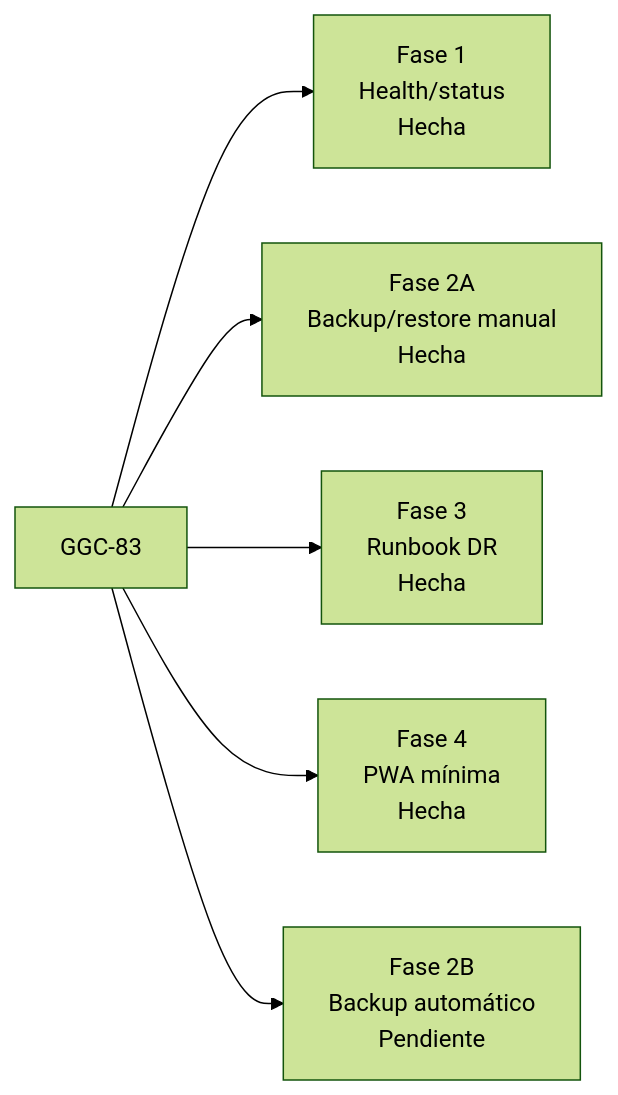
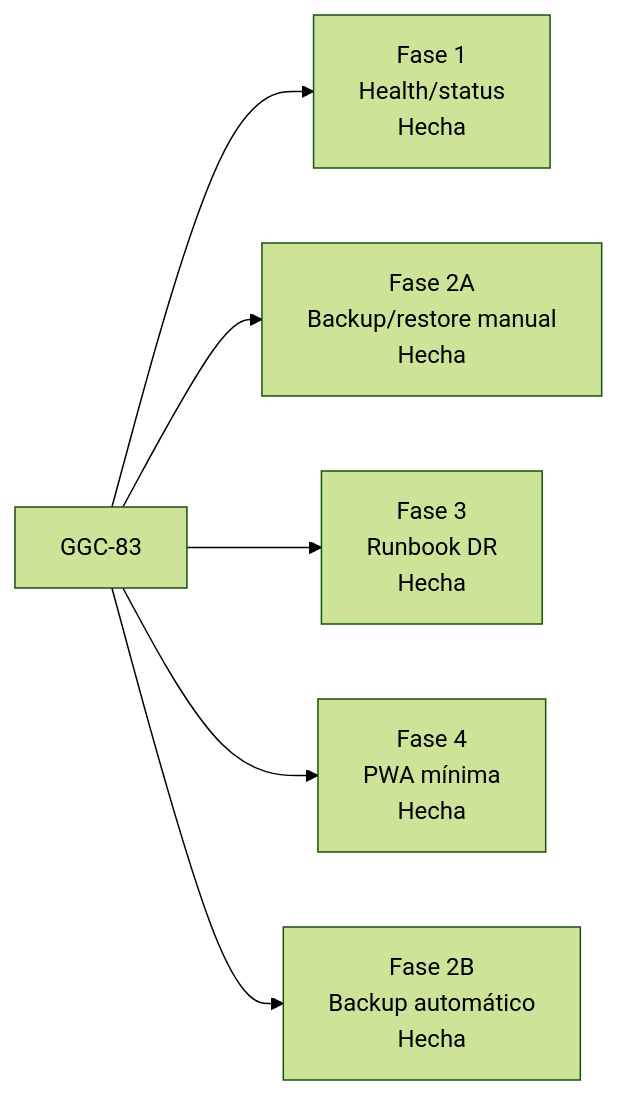
The first of 24 diagrams in doc/ggc-83-technical-explanation.md (Augustojrl92/ft_Arepa_de_Pollo), drawn with Mermaid (forest theme) before and after one commit. The commit also changed other lines of this file and 15 other files, not shown here.

````diff
--- a/doc/ggc-83-technical-explanation.md
+++ b/doc/ggc-83-technical-explanation.md
@@ -63,8 +62,8 @@
 ```mermaid
 flowchart LR
     A["GGC-83"] --> B["Fase 1<br/>Health/status<br/>Hecha"]
     A --> C["Fase 2A<br/>Backup/restore manual<br/>Hecha"]
     A --> D["Fase 3<br/>Runbook DR<br/>Hecha"]
     A --> E["Fase 4<br/>PWA mínima<br/>Hecha"]
-    A --> F["Fase 2B<br/>Backup automático<br/>Pendiente"]
+    A --> F["Fase 2B<br/>Backup automático<br/>Hecha"]
 ```
````
